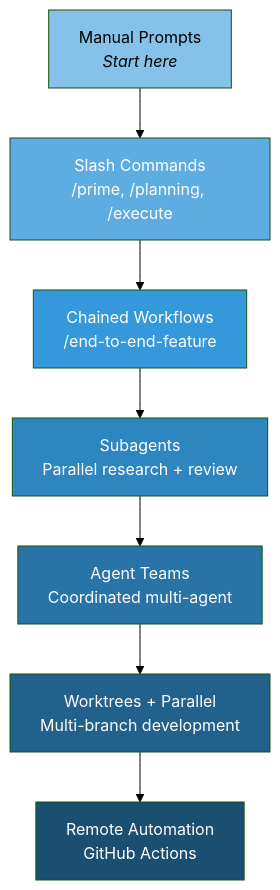
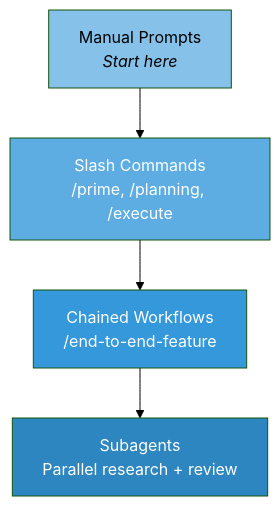
Before and after one commit to ryanjosebrosas/original-coding-system-claude: the sixth of 8 diagrams in README.md, drawn with Mermaid (forest theme). The commit also changed other lines of this file, not shown here.

````diff
--- a/README.md
+++ b/README.md
@@ -263,17 +260,11 @@
 ```mermaid
 graph TD
     M["Manual Prompts<br/><i>Start here</i>"] --> CMD["Slash Commands<br/>/prime, /planning, /execute"]
     CMD --> CHAIN["Chained Workflows<br/>/end-to-end-feature"]
     CHAIN --> SUB["Subagents<br/>Parallel research + review"]
-    SUB --> TEAM["Agent Teams<br/>Coordinated multi-agent"]
-    TEAM --> WT["Worktrees + Parallel<br/>Multi-branch development"]
-    WT --> REMOTE["Remote Automation<br/>GitHub Actions"]
 
     style M fill:#85c1e9,color:#000
     style CMD fill:#5dade2,color:#fff
     style CHAIN fill:#3498db,color:#fff
     style SUB fill:#2e86c1,color:#fff
-    style TEAM fill:#2874a6,color:#fff
-    style WT fill:#21618c,color:#fff
-    style REMOTE fill:#1b4f72,color:#fff
 ```
````
